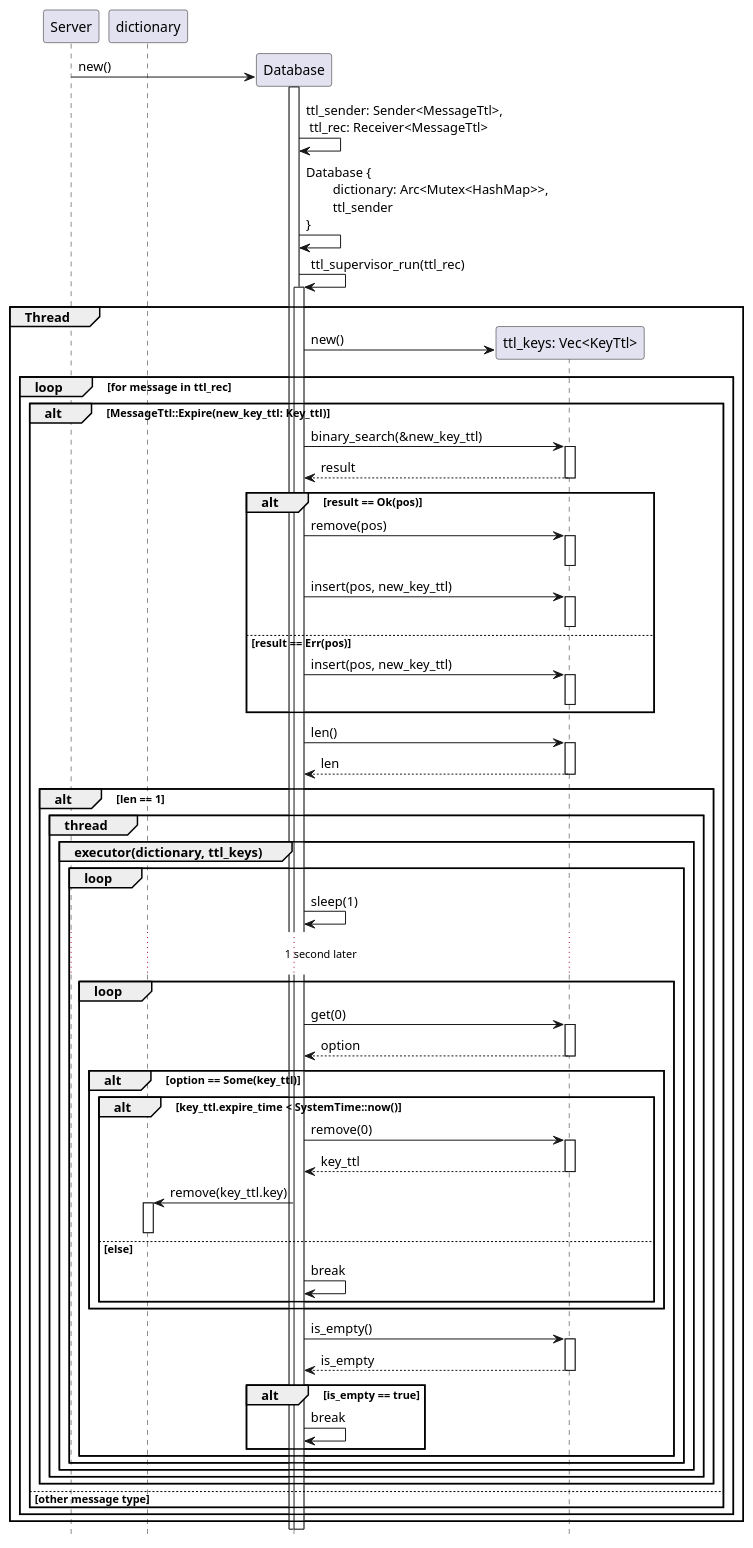
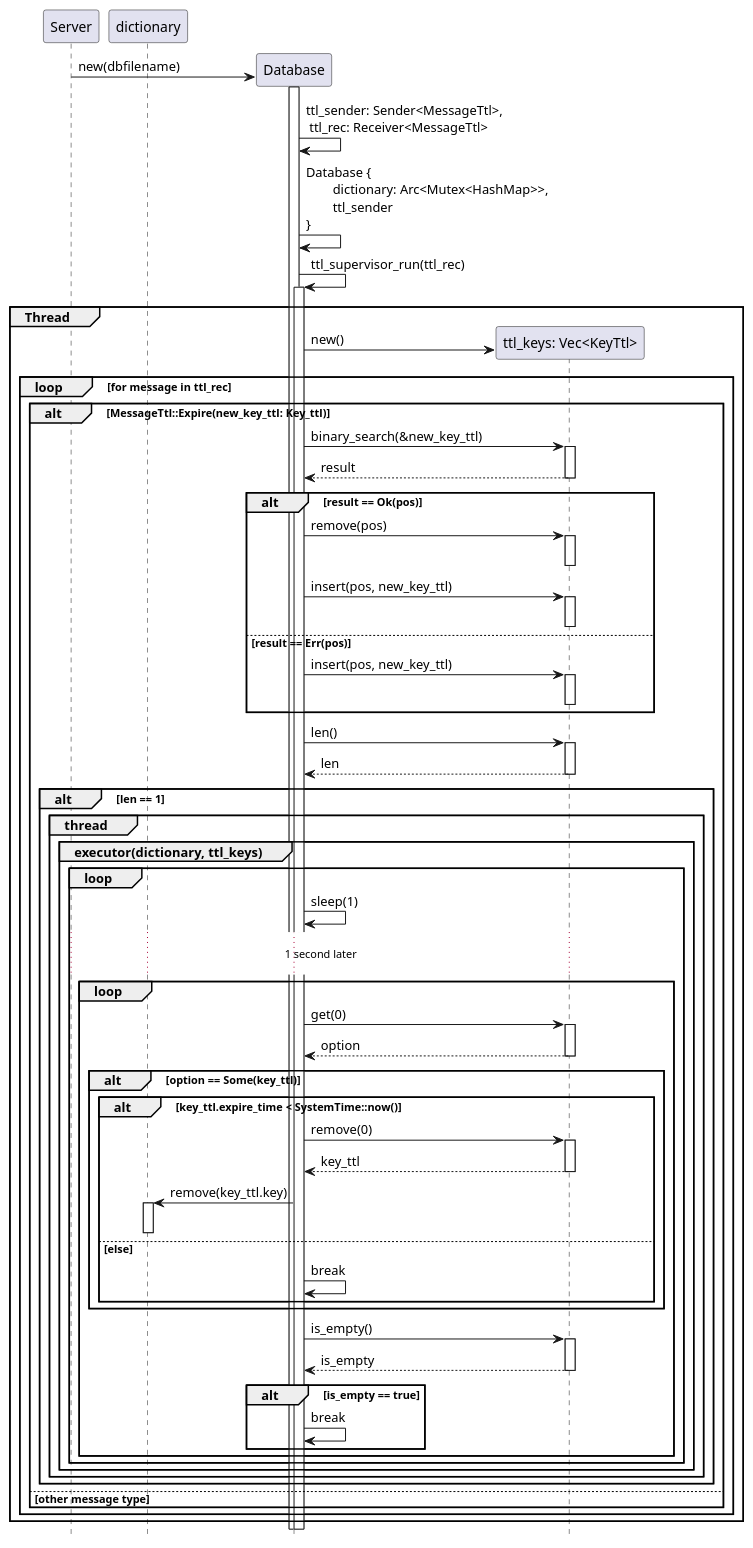
One commit to taller-1-fiuba-rust/21C1-OxidadosFC changed the diagram in src/Diagramas/database_init.puml. Above: the diagram before and after it, drawn with PlantUML. The commit also changed 3 other files, not shown here.

Commit message:
diagrams done

```diff
--- a/src/Diagramas/database_init.puml
+++ b/src/Diagramas/database_init.puml
@@ -1,72 +1,72 @@
 @startuml database init expire case
 hide footbox
 
 participant Server order 10
 participant Database order 20
 
 Create Database
-Server -> Database++: new()
+Server -> Database++: new(dbfilename)
 
 Database -> Database: ttl_sender: Sender<MessageTtl>,\n ttl_rec: Receiver<MessageTtl>
 
 Database -> Database: Database {\n\tdictionary: Arc<Mutex<HashMap>>,\n\tttl_sender\n}
 Database -> Database ++: ttl_supervisor_run(ttl_rec)
 
 group Thread
     participant ttl_keys as "ttl_keys: Vec<KeyTtl>" order 25
     create ttl_keys
     Database -> ttl_keys: new()
     loop for message in ttl_rec
         alt MessageTtl::Expire(new_key_ttl: Key_ttl)
             Database -> ttl_keys++: binary_search(&new_key_ttl)
             return result
 
             alt result == Ok(pos)
                 Database -> ttl_keys ++: remove(pos)
                 deactivate
                 Database -> ttl_keys ++: insert(pos, new_key_ttl)
                 deactivate
             else result == Err(pos)
                 Database -> ttl_keys ++: insert(pos, new_key_ttl)
                 deactivate
             end
 
             Database -> ttl_keys ++: len()
             return len
 
             alt len == 1
                 group thread
                     group executor(dictionary, ttl_keys)
                         loop 
                             Database -> Database: sleep(1)
                             ...1 second later...
                             loop
                                 Database -> ttl_keys++ : get(0)
                                 return option
                                 alt option == Some(key_ttl)
                                     alt key_ttl.expire_time < SystemTime::now() 
                                         Database -> ttl_keys ++: remove(0)
                                         return key_ttl
                                         participant dictionary order 15
                                         Database -> dictionary++: remove(key_ttl.key)
                                         deactivate dictionary
                                     else else
                                         Database -> Database: break
                                     end
                                 end
                                 Database -> ttl_keys ++: is_empty()
                                 return is_empty
                                 alt is_empty == true
                                     Database -> Database: break
                                 end
                             end
                         end
                     end
                 end
             end
         else other message type
         end
     end
 end
 
 @enduml
```
